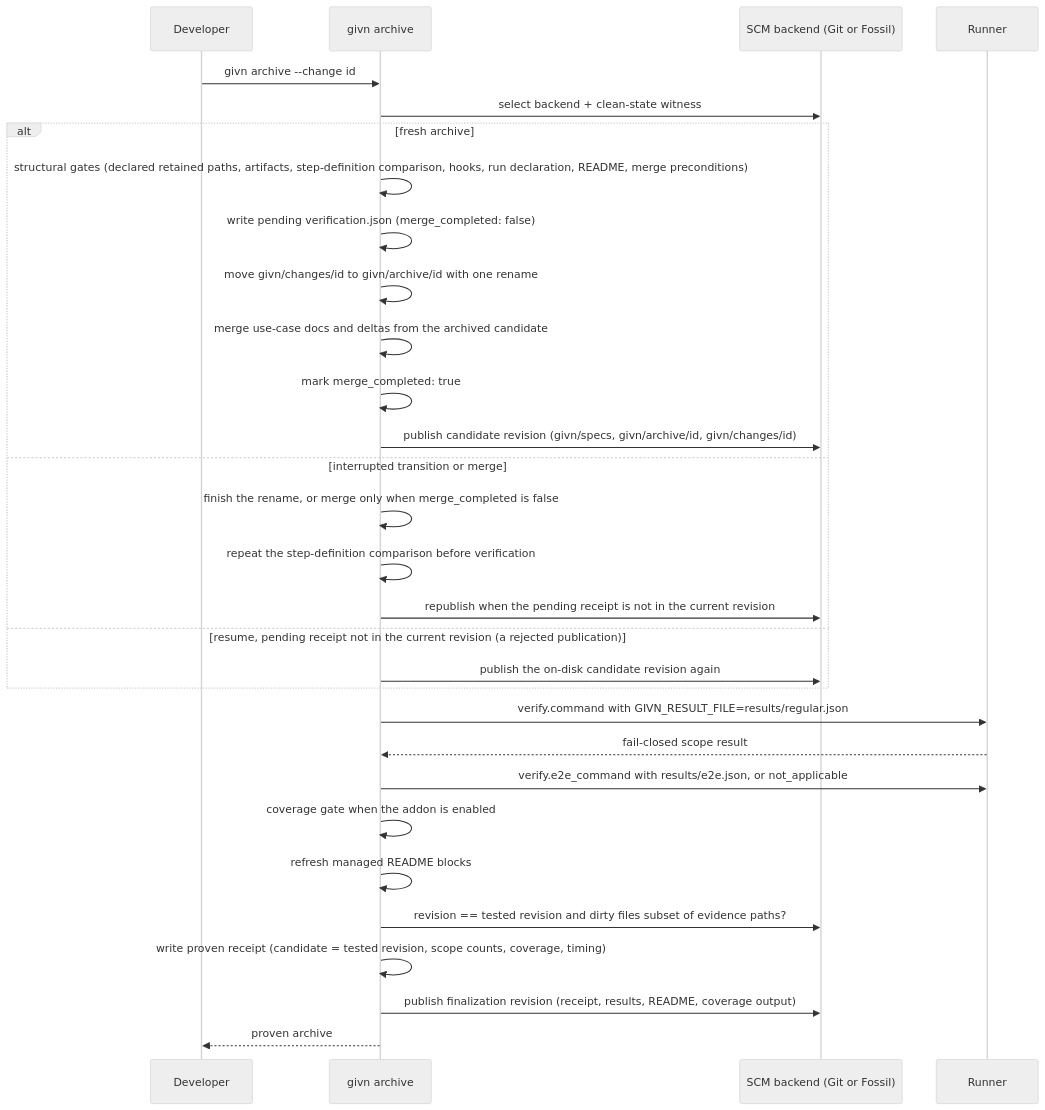
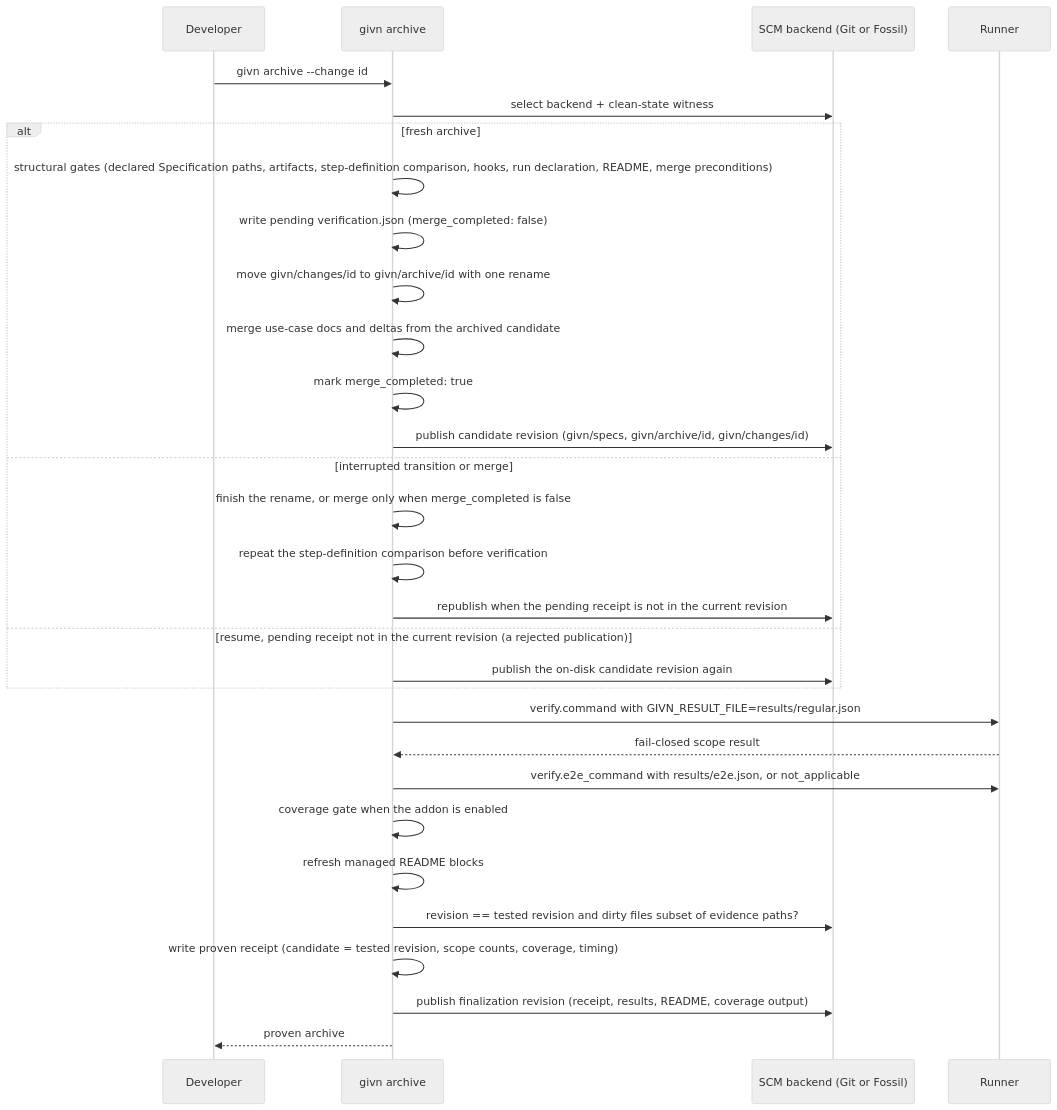
The second of 6 diagrams in docs/arc42/06-runtime-view.md (buster/givn), drawn with Mermaid (neutral theme) before and after one commit. The commit also changed other lines of this file and 30 other files, not shown here.

````diff
--- a/docs/arc42/06-runtime-view.md
+++ b/docs/arc42/06-runtime-view.md
@@ -367,32 +367,32 @@
 ```mermaid
 sequenceDiagram
     participant D as Developer
     participant A as givn archive
     participant S as SCM backend (Git or Fossil)
     participant R as Runner
     D->>A: givn archive --change id
     A->>S: select backend + clean-state witness
     alt fresh archive
-        A->>A: structural gates (declared retained paths, artifacts, step-definition comparison, hooks, run declaration, README, merge preconditions)
+        A->>A: structural gates (declared Specification paths, artifacts, step-definition comparison, hooks, run declaration, README, merge preconditions)
         A->>A: write pending verification.json (merge_completed: false)
         A->>A: move givn/changes/id to givn/archive/id with one rename
         A->>A: merge use-case docs and deltas from the archived candidate
         A->>A: mark merge_completed: true
         A->>S: publish candidate revision (givn/specs, givn/archive/id, givn/changes/id)
     else interrupted transition or merge
         A->>A: finish the rename, or merge only when merge_completed is false
         A->>A: repeat the step-definition comparison before verification
         A->>S: republish when the pending receipt is not in the current revision
     else resume, pending receipt not in the current revision (a rejected publication)
         A->>S: publish the on-disk candidate revision again
     end
     A->>R: verify.command with GIVN_RESULT_FILE=results/regular.json
     R-->>A: fail-closed scope result
     A->>R: verify.e2e_command with results/e2e.json, or not_applicable
     A->>A: coverage gate when the addon is enabled
     A->>A: refresh managed README blocks
     A->>S: revision == tested revision and dirty files subset of evidence paths?
     A->>A: write proven receipt (candidate = tested revision, scope counts, coverage, timing)
     A->>S: publish finalization revision (receipt, results, README, coverage output)
     A-->>D: proven archive
 ```
````
